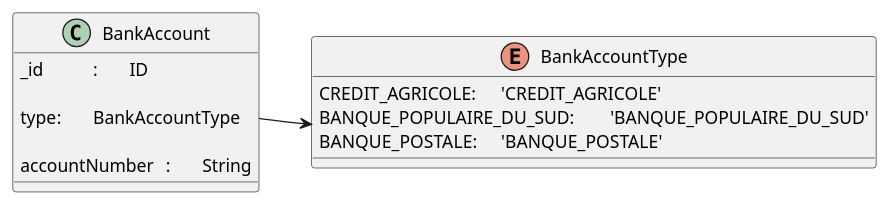
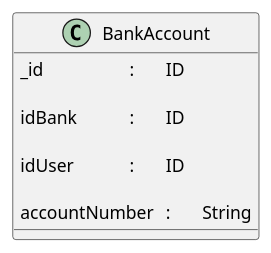
Before and after one commit to FlorianMarcon/BankModels: the diagram in doc/BankAccount.plantuml, drawn with PlantUML. The commit also changed 17 other files, not shown here.

Commit message:
Update documentation. Add somes models: CreditCard, RIB, Bank

```diff
--- a/doc/BankAccount.plantuml
+++ b/doc/BankAccount.plantuml
@@ -1,19 +1,14 @@
 @startuml
 
-enum BankAccountType {
-	CREDIT_AGRICOLE:	'CREDIT_AGRICOLE'
-	BANQUE_POPULAIRE_DU_SUD:	'BANQUE_POPULAIRE_DU_SUD'
-	BANQUE_POSTALE:	'BANQUE_POSTALE'
-}
 
 class BankAccount {
-	_id		:	ID
+	_id			:	ID
 
-	type	:	BankAccountType
+	idBank		:	ID
+
+	idUser		:	ID
 
 	accountNumber	:	String
 }
 
-BankAccount::type -> BankAccountType
-
 @enduml
```
